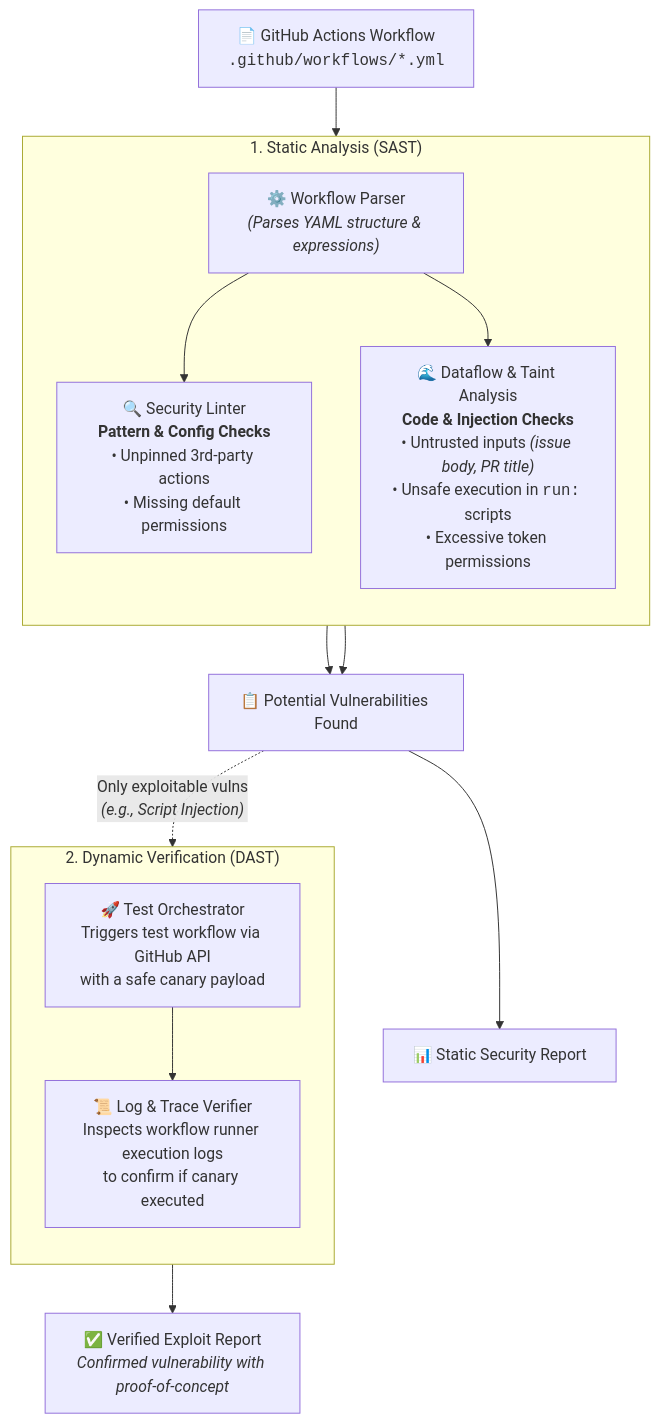
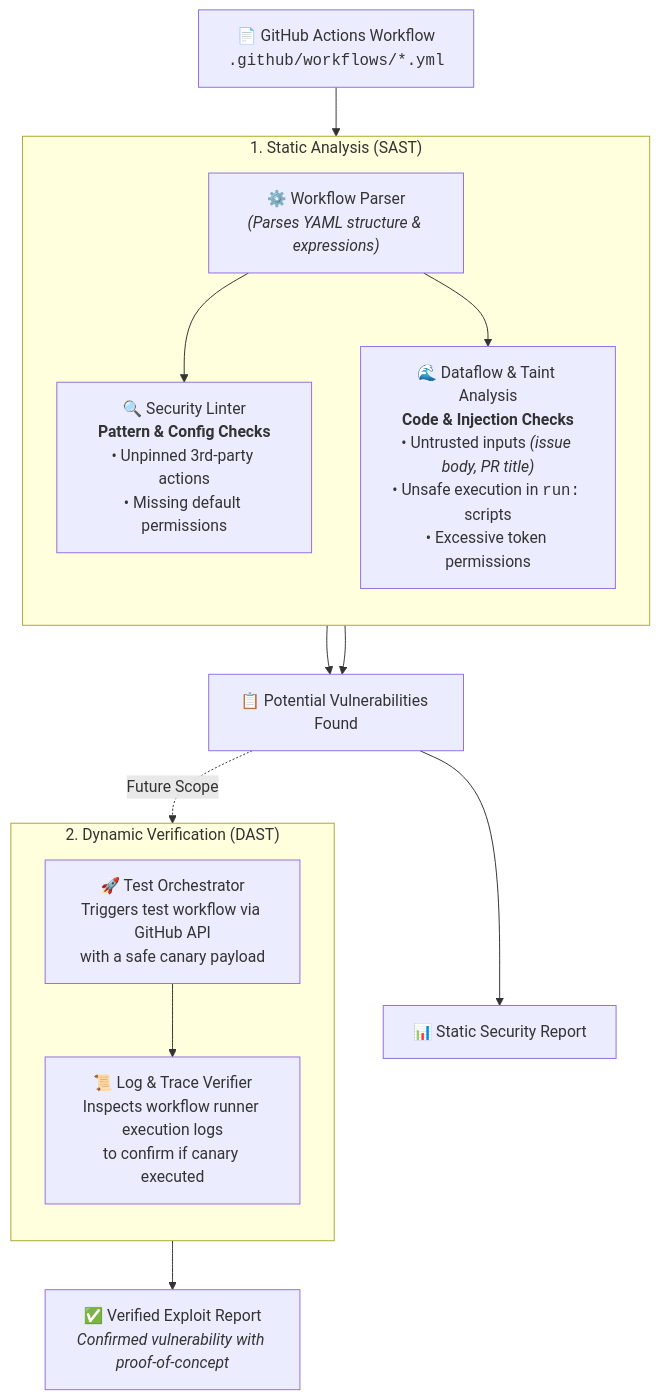
The diagram in README.md (chinmaypant21/actionlens), drawn with Mermaid before and after one commit. The commit also changed other lines of this file and 2 other files, not shown here.

````diff
--- a/README.md
+++ b/README.md
@@ -28,28 +28,27 @@
 ```mermaid
 flowchart TD
     %% Input
     Input["📄 GitHub Actions Workflow<br/><code>.github/workflows/*.yml</code>"] --> Parser["⚙️ Workflow Parser<br/><i>(Parses YAML structure & expressions)</i>"]
 
     %% Stage 1: SAST
     subgraph SAST["1. Static Analysis (SAST)"]
         direction TB
         Parser --> Lint["🔍 Security Linter<br/><b>Pattern & Config Checks</b><br/>• Unpinned 3rd-party actions<br/>• Missing default permissions"]
         Parser --> Dataflow["🌊 Dataflow & Taint Analysis<br/><b>Code & Injection Checks</b><br/>• Untrusted inputs <i>(issue body, PR title)</i><br/>• Unsafe execution in <code>run:</code> scripts<br/>• Excessive token permissions"]
     end
 
     %% Findings (Bridge between SAST and DAST)
     Lint --> Findings["📋 Potential Vulnerabilities Found"]
     Dataflow --> Findings
 
     Findings --> StaticReport["📊 Static Security Report"]
 
     %% Stage 2: DAST
     subgraph DAST["2. Dynamic Verification (DAST)"]
         direction TB
         Trigger["🚀 Test Orchestrator<br/>Triggers test workflow via GitHub API<br/>with a safe canary payload"]
         Trigger --> Logs["📜 Log & Trace Verifier<br/>Inspects workflow runner execution logs<br/>to confirm if canary executed"]
     end
-
-    Findings -. "Only exploitable vulns<br/><i>(e.g., Script Injection)</i>" .-> Trigger
+	Findings -. "Future Scope" .-> Trigger
     Logs --> Verified["✅ Verified Exploit Report<br/><i>Confirmed vulnerability with proof-of-concept</i>"]
 ```
````
